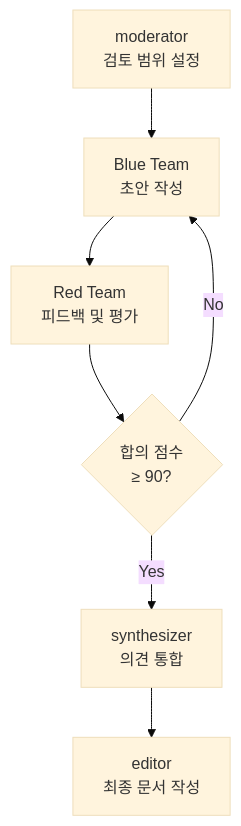
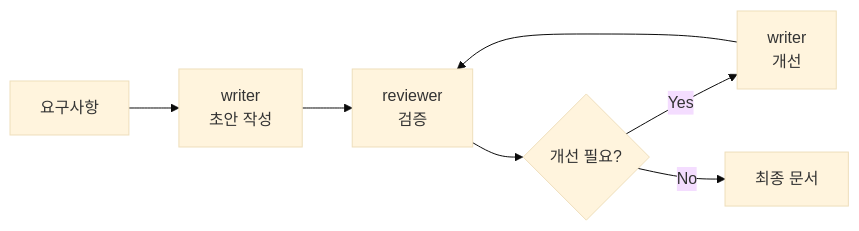
The second of 2 diagrams in .claude/skills/docs/SKILL.md (gmoon92/toy), drawn with Mermaid (base theme) before and after one commit. The commit also changed other lines of this file and 6 other files, not shown here.

First line of the commit message:
refactor(skills): docs 스킬 개선 및 워크플로우 추가

````diff
--- a/.claude/skills/docs/SKILL.md
+++ b/.claude/skills/docs/SKILL.md
@@ -21,9 +100,9 @@
 ```mermaid
-flowchart TB
-    M[moderator<br/>검토 범위 설정] --> B[Blue Team<br/>초안 작성]
-    B --> R[Red Team<br/>피드백 및 평가]
-    R --> C{합의 점수<br/>≥ 90?}
-C -->|No|B
-C -->|Yes|S[synthesizer<br/>의견 통합]
-S --> E[editor<br/>최종 문서 작성]
+flowchart LR
+    A[요구사항] --> B[writer<br/>초안 작성]
+    B --> C[reviewer<br/>검증]
+    C --> D{개선 필요?}
+    D -->|Yes| E[writer<br/>개선]
+    E --> C
+    D -->|No| F[최종 문서]
 ```
````
